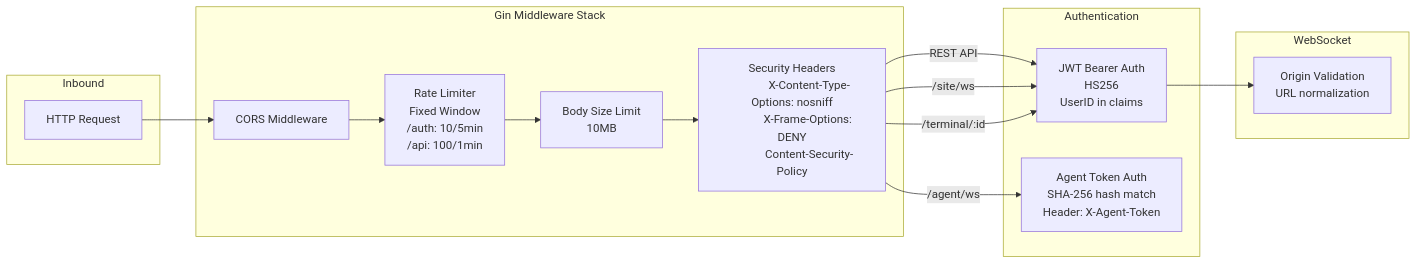
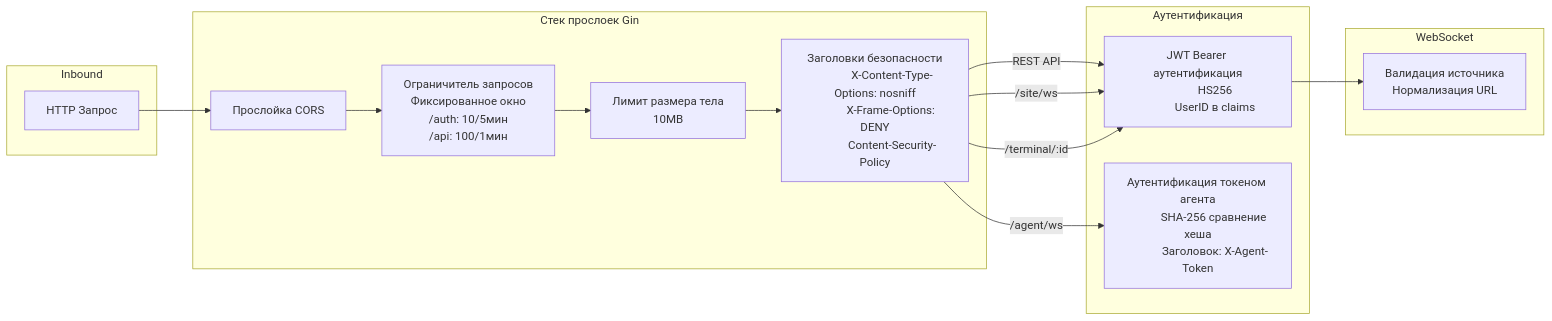
Before and after one commit to botoli/NovexPanel: the fifth of 6 diagrams in Review-NovexPanel.md, drawn with Mermaid. The commit also changed other lines of this file, not shown here.

````diff
--- a/Review-NovexPanel.md
+++ b/Review-NovexPanel.md
@@ -258,38 +262,38 @@
 ```mermaid
 flowchart LR
     subgraph Inbound
-        REQ["HTTP Request"]
+        REQ["HTTP Запрос"]
     end
-    subgraph Middleware["Gin Middleware Stack"]
-        CORS["CORS Middleware"]
-        LIMIT["Rate Limiter
-            Fixed Window
-            /auth: 10/5min
-            /api: 100/1min"]
-        BODY["Body Size Limit
+    subgraph Middleware["Стек прослоек Gin"]
+        CORS["Прослойка CORS"]
+        LIMIT["Ограничитель запросов
+            Фиксированное окно
+            /auth: 10/5мин
+            /api: 100/1мин"]
+        BODY["Лимит размера тела
             10MB"]
-        HEADERS["Security Headers
+        HEADERS["Заголовки безопасности
             X-Content-Type-Options: nosniff
             X-Frame-Options: DENY
             Content-Security-Policy"]
     end
-    subgraph Auth["Authentication"]
-        JWT_AUTH["JWT Bearer Auth
+    subgraph Auth["Аутентификация"]
+        JWT_AUTH["JWT Bearer аутентификация
             HS256
-            UserID in claims"]
-        AGENT_AUTH["Agent Token Auth
-            SHA-256 hash match
-            Header: X-Agent-Token"]
+            UserID в claims"]
+        AGENT_AUTH["Аутентификация токеном агента
+            SHA-256 сравнение хеша
+            Заголовок: X-Agent-Token"]
     end
     subgraph WS["WebSocket"]
-        WS_ORIGIN["Origin Validation
-            URL normalization"]
+        WS_ORIGIN["Валидация источника
+            Нормализация URL"]
     end
 
     REQ --> CORS --> LIMIT --> BODY --> HEADERS
     HEADERS -->|REST API| JWT_AUTH
     HEADERS -->|/agent/ws| AGENT_AUTH
     HEADERS -->|/site/ws| JWT_AUTH
     HEADERS -->|/terminal/:id| JWT_AUTH
     JWT_AUTH --> WS_ORIGIN
 ```
````
